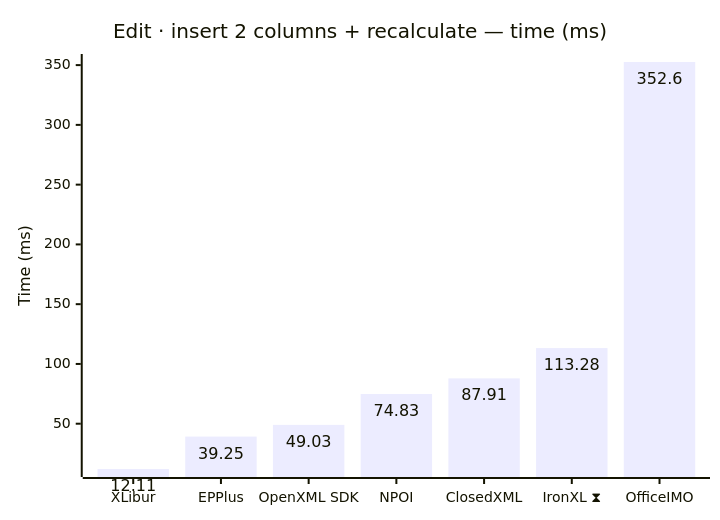
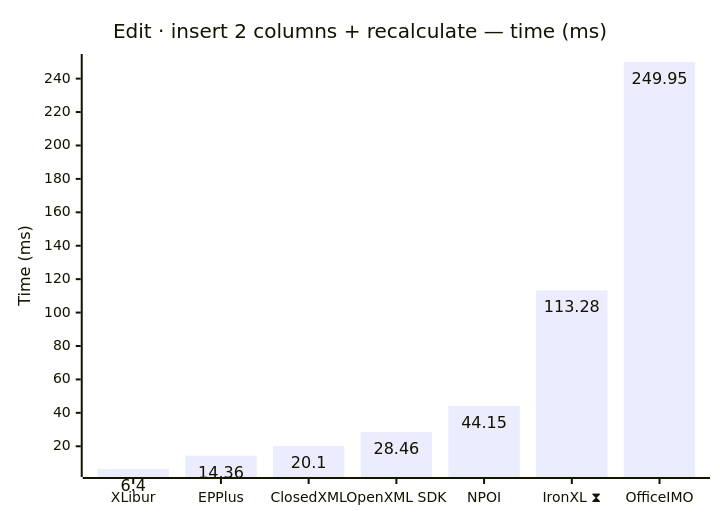
One commit to jafin/XLBench changed diagram 13 of 18 in docs/results-ci.md. Above: the diagram before and after it, drawn with Mermaid. The commit also changed other lines of this file, not shown here.

````diff
--- a/docs/results-ci.md
+++ b/docs/results-ci.md
@@ -173,12 +199,12 @@
 ```mermaid
 ---
 config:
   xyChart:
     showDataLabel: true
 ---
 xychart-beta
     title "Edit · insert 2 columns + recalculate — time (ms)"
-    x-axis ["XLibur", "EPPlus", "OpenXML SDK", "NPOI", "ClosedXML", "IronXL ⧗", "OfficeIMO"]
+    x-axis ["XLibur", "EPPlus", "ClosedXML", "OpenXML SDK", "NPOI", "IronXL ⧗", "OfficeIMO"]
     y-axis "Time (ms)"
-    bar [12.11, 39.25, 49.03, 74.83, 87.91, 113.28, 352.6]
+    bar [6.4, 14.36, 20.1, 28.46, 44.15, 113.28, 249.95]
 ```
````
